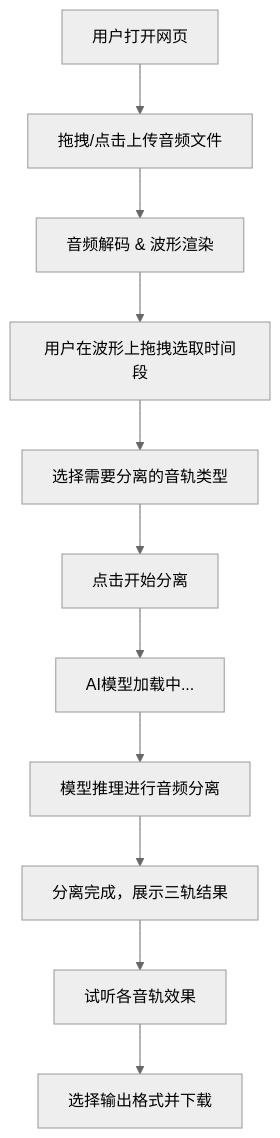
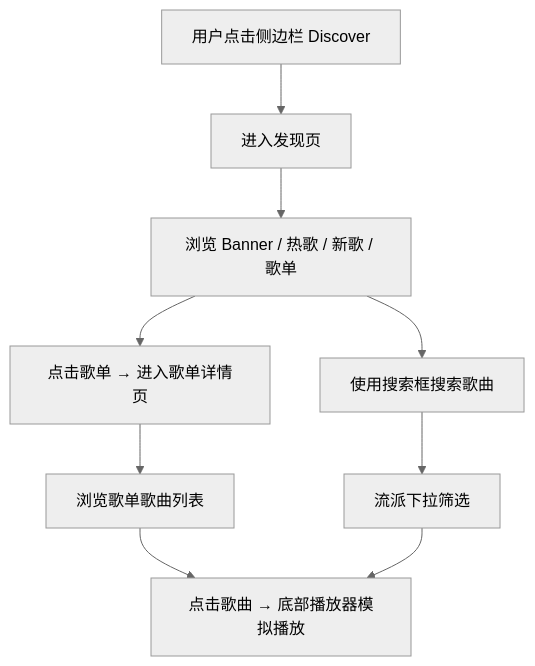
Before and after one commit to NEIL05290018/musicapp: the second of 2 diagrams in .trae/documents/PRD.md, drawn with Mermaid (neutral theme). The commit also changed other lines of this file and 6 other files, not shown here.

````diff
--- a/.trae/documents/PRD.md
+++ b/.trae/documents/PRD.md
@@ -32,13 +89,11 @@
 ```mermaid
 flowchart TD
-    A["用户打开网页"] --> B["拖拽/点击上传音频文件"]
-    B --> C["音频解码 & 波形渲染"]
-    C --> D["用户在波形上拖拽选取时间段"]
-    D --> E["选择需要分离的音轨类型"]
-    E --> F["点击开始分离"]
-    F --> G["AI模型加载中..."]
-    G --> H["模型推理进行音频分离"]
-    H --> I["分离完成，展示三轨结果"]
-    I --> J["试听各音轨效果"]
-    J --> K["选择输出格式并下载"]
+    A["用户点击侧边栏 Discover"] --> B["进入发现页"]
+    B --> C["浏览 Banner / 热歌 / 新歌 / 歌单"]
+    C --> D["点击歌单 → 进入歌单详情页"]
+    D --> E["浏览歌单歌曲列表"]
+    E --> F["点击歌曲 → 底部播放器模拟播放"]
+    C --> G["使用搜索框搜索歌曲"]
+    G --> H["流派下拉筛选"]
+    H --> F
 ```
````
